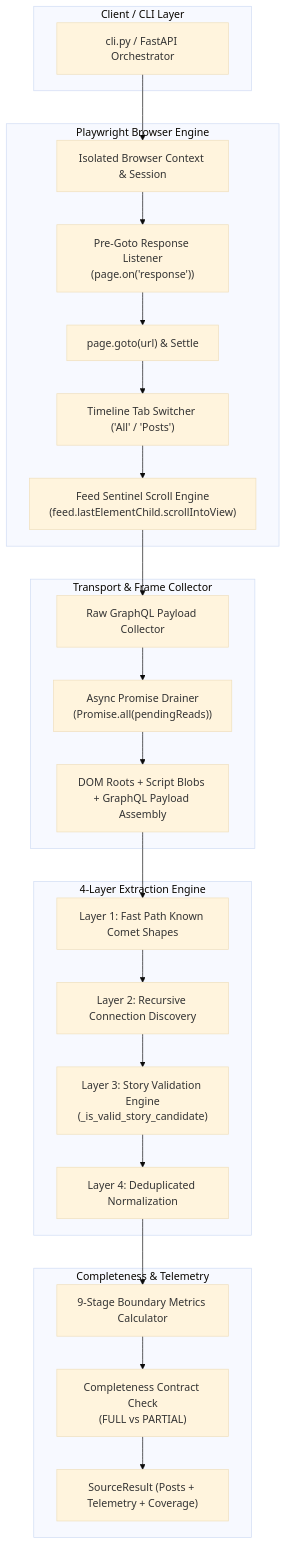
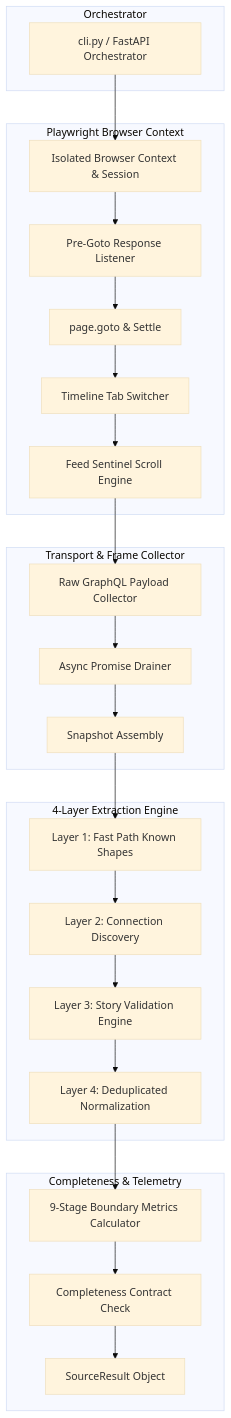
Before and after one commit to teampostharvest/postharvest: the first of 2 diagrams in development/reports/v1.5.3_kzsamir_enhanced.md, drawn with Mermaid (base theme). The commit also changed other lines of this file, not shown here.

Commit message:
docs(report): update Mermaid syntax for GitHub PR web rendering compatibility

````diff
--- a/development/reports/v1.5.3_kzsamir_enhanced.md
+++ b/development/reports/v1.5.3_kzsamir_enhanced.md
@@ -27,49 +27,49 @@
 ```mermaid
-flowchart TD
-    subgraph Client ["Client / CLI Layer"]
-        CLI["cli.py / FastAPI Orchestrator"]
+graph TD
+    subgraph Orchestrator
+        A[cli.py / FastAPI Orchestrator]
     end
 
-    subgraph Browser ["Playwright Browser Engine"]
-        Context["Isolated Browser Context & Session"]
-        Listener["Pre-Goto Response Listener\n(page.on('response'))"]
-        Nav["page.goto(url) & Settle"]
-        TabClick["Timeline Tab Switcher ('All' / 'Posts')"]
-        SentinelScroll["Feed Sentinel Scroll Engine\n(feed.lastElementChild.scrollIntoView)"]
+    subgraph Playwright Browser Context
+        B[Isolated Browser Context & Session]
+        C[Pre-Goto Response Listener]
+        D[page.goto & Settle]
+        E[Timeline Tab Switcher]
+        F[Feed Sentinel Scroll Engine]
     end
 
-    subgraph Capture ["Transport & Frame Collector"]
-        NetworkCapture["Raw GraphQL Payload Collector"]
-        PromiseDrain["Async Promise Drainer\n(Promise.all(pendingReads))"]
-        Snapshot["DOM Roots + Script Blobs + GraphQL Payload Assembly"]
+    subgraph Transport & Frame Collector
+        G[Raw GraphQL Payload Collector]
+        H[Async Promise Drainer]
+        I[Snapshot Assembly]
     end
 
-    subgraph Pipeline ["4-Layer Extraction Engine"]
-        Layer1["Layer 1: Fast Path Known Comet Shapes"]
-        Layer2["Layer 2: Recursive Connection Discovery"]
-        Layer3["Layer 3: Story Validation Engine\n(_is_valid_story_candidate)"]
-        Layer4["Layer 4: Deduplicated Normalization"]
+    subgraph 4-Layer Extraction Engine
+        J[Layer 1: Fast Path Known Shapes]
+        K[Layer 2: Connection Discovery]
+        L[Layer 3: Story Validation Engine]
+        M[Layer 4: Deduplicated Normalization]
     end
 
-    subgraph Contract ["Completeness & Telemetry"]
-        Stats["9-Stage Boundary Metrics Calculator"]
-        ContractCheck["Completeness Contract Check\n(FULL vs PARTIAL)"]
-        Result["SourceResult (Posts + Telemetry + Coverage)"]
+    subgraph Completeness & Telemetry
+        N[9-Stage Boundary Metrics Calculator]
+        O[Completeness Contract Check]
+        P[SourceResult Object]
     end
 
-    CLI --> Context
-    Context --> Listener
-    Listener --> Nav
-    Nav --> TabClick
-    TabClick --> SentinelScroll
-    SentinelScroll --> NetworkCapture
-    NetworkCapture --> PromiseDrain
-    PromiseDrain --> Snapshot
-    Snapshot --> Layer1
-    Layer1 --> Layer2
-    Layer2 --> Layer3
-    Layer3 --> Layer4
-    Layer4 --> Stats
-    Stats --> ContractCheck
-    ContractCheck --> Result
+    A --> B
+    B --> C
+    C --> D
+    D --> E
+    E --> F
+    F --> G
+    G --> H
+    H --> I
+    I --> J
+    J --> K
+    K --> L
+    L --> M
+    M --> N
+    N --> O
+    O --> P
 ```
````
